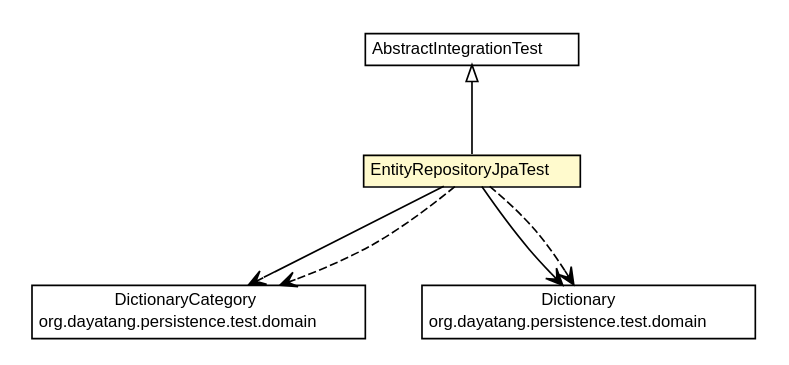
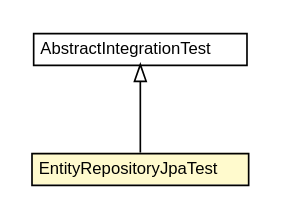
The diagram in dddlib-persistence/dddlib-persistence-jpa/testapidocs/org/dayatang/persistence/jpa/EntityRepositoryJpaTest.dot (dayatang/dddlib), drawn with Graphviz before and after one commit. The commit also changed 144 other files, not shown here.

```diff
--- a/dddlib-persistence/dddlib-persistence-jpa/testapidocs/org/dayatang/persistence/jpa/EntityRepositoryJpaTest.dot
+++ b/dddlib-persistence/dddlib-persistence-jpa/testapidocs/org/dayatang/persistence/jpa/EntityRepositoryJpaTest.dot
@@ -1,48 +1,26 @@
 #!/usr/local/bin/dot
 #
 # Class diagram 
 # Generated by UMLGraph version R5_6_6-8-g8d7759 (http://www.umlgraph.org/)
 #
 
 digraph G {
 	edge [fontname="Helvetica",fontsize=10,labelfontname="Helvetica",labelfontsize=10];
 	node [fontname="Helvetica",fontsize=10,shape=plaintext];
 	nodesep=0.25;
 	ranksep=0.5;
 	// org.dayatang.persistence.jpa.EntityRepositoryJpaTest
-	c61 [label=<<table title="org.dayatang.persistence.jpa.EntityRepositoryJpaTest" border="0" cellborder="1" cellspacing="0" cellpadding="2" port="p" bgcolor="lemonChiffon" href="./EntityRepositoryJpaTest.html">
+	c37 [label=<<table title="org.dayatang.persistence.jpa.EntityRepositoryJpaTest" border="0" cellborder="1" cellspacing="0" cellpadding="2" port="p" bgcolor="lemonChiffon" href="./EntityRepositoryJpaTest.html">
 		<tr><td><table border="0" cellspacing="0" cellpadding="1">
 <tr><td align="center" balign="center"> EntityRepositoryJpaTest </td></tr>
 		</table></td></tr>
 		</table>>, URL="./EntityRepositoryJpaTest.html", fontname="Helvetica", fontcolor="black", fontsize=10.0];
 	// org.dayatang.persistence.jpa.AbstractIntegrationTest
-	c65 [label=<<table title="org.dayatang.persistence.jpa.AbstractIntegrationTest" border="0" cellborder="1" cellspacing="0" cellpadding="2" port="p" href="./AbstractIntegrationTest.html">
+	c41 [label=<<table title="org.dayatang.persistence.jpa.AbstractIntegrationTest" border="0" cellborder="1" cellspacing="0" cellpadding="2" port="p" href="./AbstractIntegrationTest.html">
 		<tr><td><table border="0" cellspacing="0" cellpadding="1">
 <tr><td align="center" balign="center"> AbstractIntegrationTest </td></tr>
 		</table></td></tr>
 		</table>>, URL="./AbstractIntegrationTest.html", fontname="Helvetica", fontcolor="black", fontsize=10.0];
 	//org.dayatang.persistence.jpa.EntityRepositoryJpaTest extends org.dayatang.persistence.jpa.AbstractIntegrationTest
-	c65:p -> c61:p [dir=back,arrowtail=empty];
-	// org.dayatang.persistence.jpa.EntityRepositoryJpaTest NAVASSOC org.dayatang.persistence.test.domain.DictionaryCategory
-	c61:p -> c66:p [taillabel="", label=" "headlabel="", fontname="Helvetica", fontcolor="black", fontsize=10.0, color="black", arrowhead=open];
-	// org.dayatang.persistence.jpa.EntityRepositoryJpaTest NAVASSOC org.dayatang.persistence.test.domain.Dictionary
-	c61:p -> c67:p [taillabel="", label=" "headlabel="", fontname="Helvetica", fontcolor="black", fontsize=10.0, color="black", arrowhead=open];
-	// org.dayatang.persistence.jpa.EntityRepositoryJpaTest DEPEND org.dayatang.persistence.test.domain.Dictionary
-	c61:p -> c67:p [taillabel="", label=" "headlabel="", fontname="Helvetica", fontcolor="black", fontsize=10.0, color="black", arrowhead=open, style=dashed];
-	// org.dayatang.persistence.jpa.EntityRepositoryJpaTest DEPEND org.dayatang.persistence.test.domain.DictionaryCategory
-	c61:p -> c66:p [taillabel="", label=" "headlabel="", fontname="Helvetica", fontcolor="black", fontsize=10.0, color="black", arrowhead=open, style=dashed];
-	// org.dayatang.persistence.test.domain.Dictionary
-	c67 [label=<<table title="org.dayatang.persistence.test.domain.Dictionary" border="0" cellborder="1" cellspacing="0" cellpadding="2" port="p" href="http://java.sun.com/j2se/1.4.2/docs/api/org/dayatang/persistence/test/domain/Dictionary.html">
-		<tr><td><table border="0" cellspacing="0" cellpadding="1">
-<tr><td align="center" balign="center"> Dictionary </td></tr>
-<tr><td align="center" balign="center"> org.dayatang.persistence.test.domain </td></tr>
-		</table></td></tr>
-		</table>>, URL="http://java.sun.com/j2se/1.4.2/docs/api/org/dayatang/persistence/test/domain/Dictionary.html", fontname="Helvetica", fontcolor="black", fontsize=10.0];
-	// org.dayatang.persistence.test.domain.DictionaryCategory
-	c66 [label=<<table title="org.dayatang.persistence.test.domain.DictionaryCategory" border="0" cellborder="1" cellspacing="0" cellpadding="2" port="p" href="http://java.sun.com/j2se/1.4.2/docs/api/org/dayatang/persistence/test/domain/DictionaryCategory.html">
-		<tr><td><table border="0" cellspacing="0" cellpadding="1">
-<tr><td align="center" balign="center"> DictionaryCategory </td></tr>
-<tr><td align="center" balign="center"> org.dayatang.persistence.test.domain </td></tr>
-		</table></td></tr>
-		</table>>, URL="http://java.sun.com/j2se/1.4.2/docs/api/org/dayatang/persistence/test/domain/DictionaryCategory.html", fontname="Helvetica", fontcolor="black", fontsize=10.0];
+	c41:p -> c37:p [dir=back,arrowtail=empty];
 }
```
